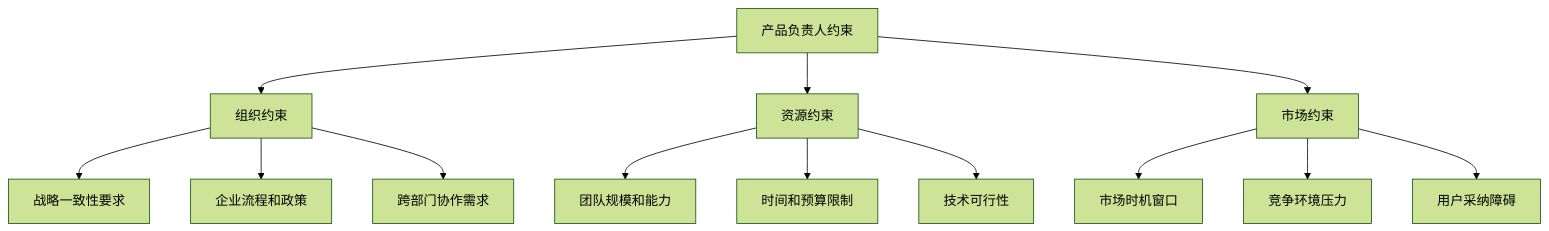
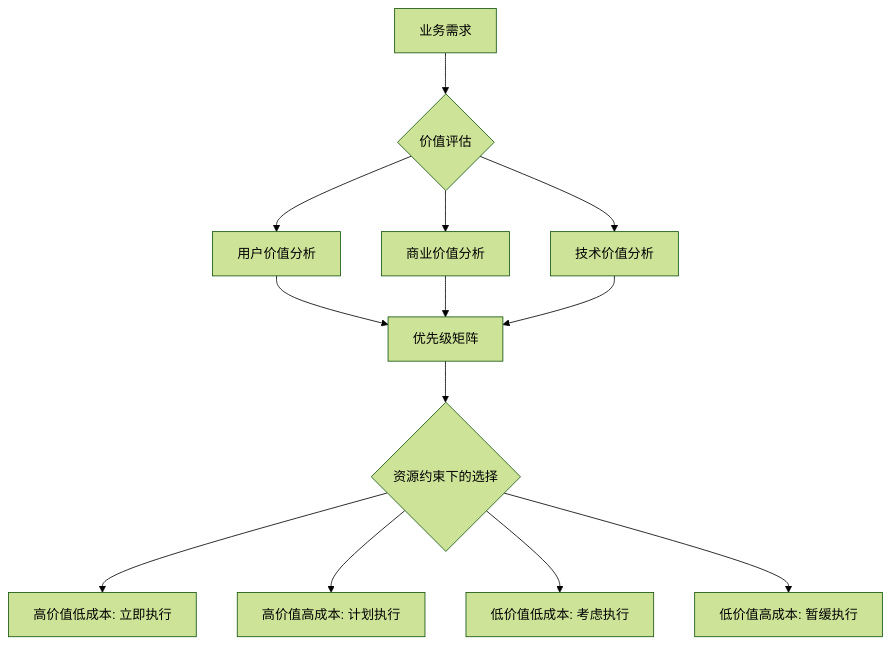
The third of 3 diagrams in domain/scrum/execution/product-owner.execution.md (yuyuan-cs/PromptX), drawn with Mermaid (forest theme) before and after one commit. The commit also changed other lines of this file and 12 other files, not shown here.

Commit message:
更新`.gitignore`文件，新增对`requirements/`目录的忽略规则。更新产品负责人执行文档，调整角色名称，优化工作流程图，增加最佳实践和评估标准，提升文档的清晰度和指导性。更新产品负责人思维模式图谱，增强技术架构和简约性原则的描述。更新产品管理最佳实践，明确AI产品负责人的职责和决策框架，确保文档内容的准确性和实用性。

````diff
--- a/domain/scrum/execution/product-owner.execution.md
+++ b/domain/scrum/execution/product-owner.execution.md
@@ -88,18 +94,17 @@
     ```mermaid
     graph TD
-      A[产品负责人约束] --> B[组织约束]
-      A --> C[资源约束]
-      A --> D[市场约束]
+      A[业务需求] --> B{价值评估}
+      B --> C[用户价值分析]
+      B --> D[商业价值分析]
+      B --> E[技术价值分析]
       
-      B --> B1[战略一致性要求]
-      B --> B2[企业流程和政策]
-      B --> B3[跨部门协作需求]
+      C --> F[优先级矩阵]
+      D --> F
+      E --> F
       
-      C --> C1[团队规模和能力]
-      C --> C2[时间和预算限制]
-      C --> C3[技术可行性]
-      
-      D --> D1[市场时机窗口]
-      D --> D2[竞争环境压力]
-      D --> D3[用户采纳障碍]
+      F --> G{资源约束下的选择}
+      G --> H[高价值低成本: 立即执行]
+      G --> I[高价值高成本: 计划执行]
+      G --> J[低价值低成本: 考虑执行]
+      G --> K[低价值高成本: 暂缓执行]
     ```
````
